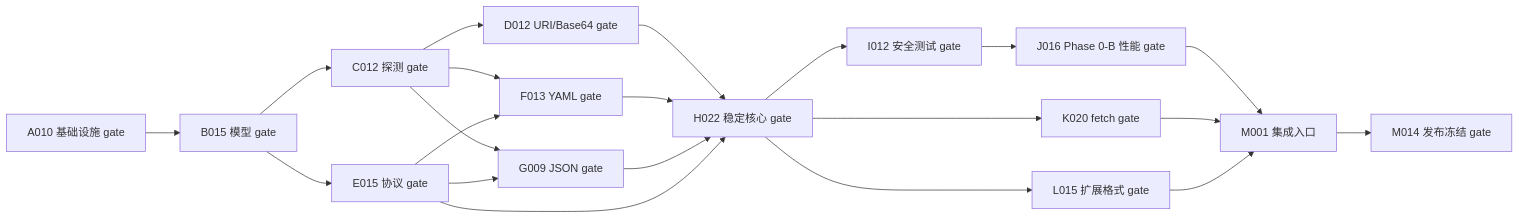
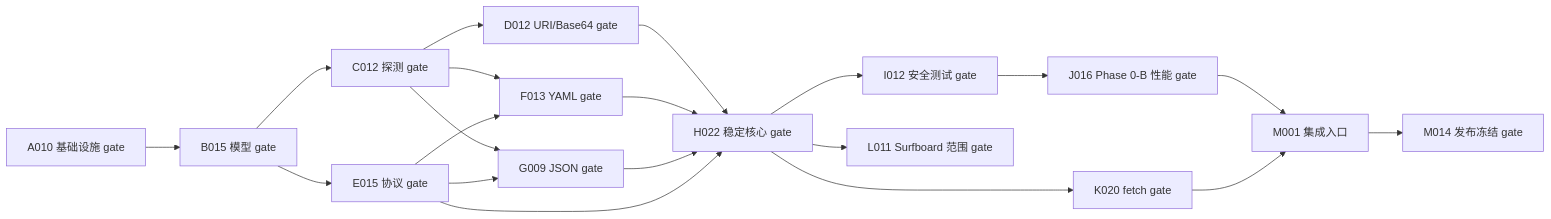
Before and after one commit to jinghu-moon/NetHop: the diagram in docs/03-subscription-parser-tdd-task-list.md, drawn with Mermaid. The commit also changed other lines of this file and 58 other files, not shown here.

````diff
--- a/docs/03-subscription-parser-tdd-task-list.md
+++ b/docs/03-subscription-parser-tdd-task-list.md
@@ -95,23 +95,22 @@
 ```mermaid
 flowchart LR
   A010["A010 基础设施 gate"] --> B015["B015 模型 gate"]
   B015 --> C012["C012 探测 gate"]
   C012 --> D012["D012 URI/Base64 gate"]
   B015 --> E015["E015 协议 gate"]
   C012 --> F013["F013 YAML gate"]
   E015 --> F013
   C012 --> G009["G009 JSON gate"]
   E015 --> G009
   D012 --> H022["H022 稳定核心 gate"]
   F013 --> H022
   G009 --> H022
   E015 --> H022
   H022 --> I012["I012 安全测试 gate"]
   I012 --> J016["J016 Phase 0-B 性能 gate"]
   H022 --> K020["K020 fetch gate"]
-  H022 --> L015["L015 扩展格式 gate"]
+  H022 --> L011["L011 Surfboard 范围 gate"]
   J016 --> M001["M001 集成入口"]
   K020 --> M001
-  L015 --> M001
   M001 --> M014["M014 发布冻结 gate"]
 ```
````
